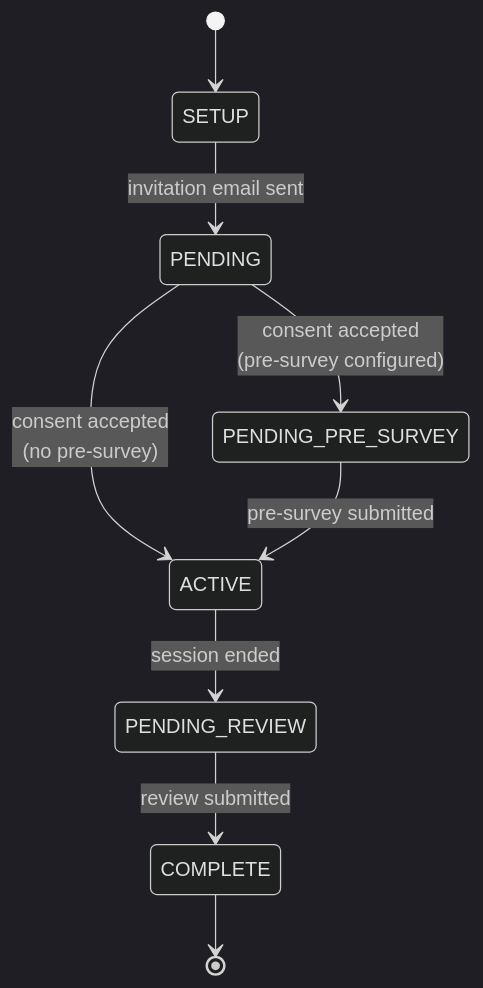
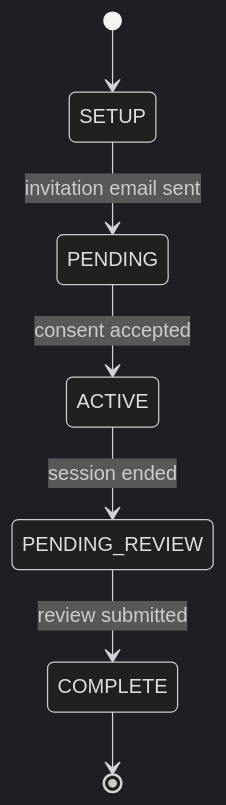
One commit to dimagi/open-chat-studio-docs changed the first of 2 diagrams in docs/concepts/session_status.md. Above: the diagram before and after it, drawn with Mermaid (dark theme). The commit also changed other lines of this file and 5 other files, not shown here.

````diff
--- a/docs/concepts/session_status.md
+++ b/docs/concepts/session_status.md
@@ -33,11 +33,9 @@
 ```mermaid
 stateDiagram-v2
     [*] --> SETUP
     SETUP --> PENDING: invitation email sent
-    PENDING --> PENDING_PRE_SURVEY: consent accepted<br/>(pre-survey configured)
-    PENDING --> ACTIVE: consent accepted<br/>(no pre-survey)
-    PENDING_PRE_SURVEY --> ACTIVE: pre-survey submitted
+    PENDING --> ACTIVE: consent accepted
     ACTIVE --> PENDING_REVIEW: session ended
     PENDING_REVIEW --> COMPLETE: review submitted
     COMPLETE --> [*]
 ```
````
